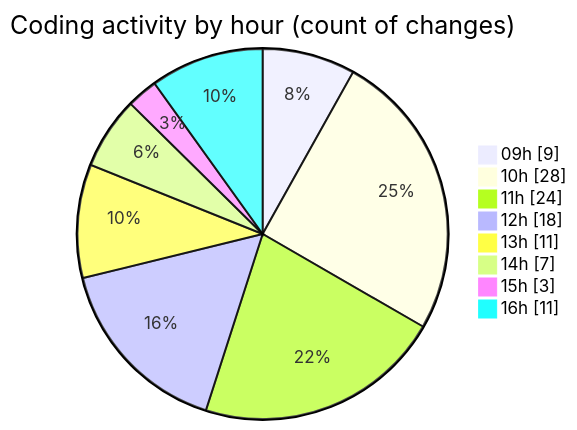
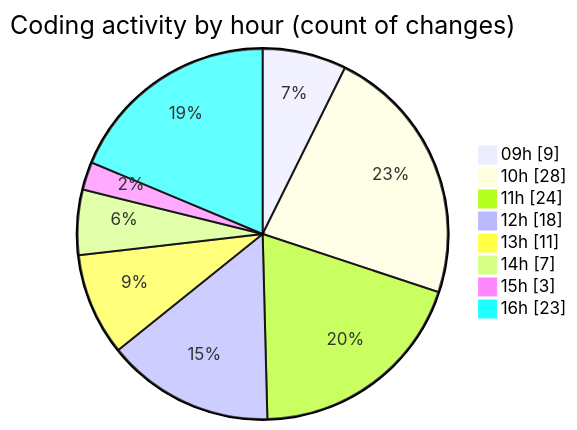
Before and after one commit to momahboobian/code-tracking: the second of 2 diagrams in 2025-09-18/cda/README.md, drawn with Mermaid. The commit also changed other lines of this file and 1 other file, not shown here.

````diff
--- a/2025-09-18/cda/README.md
+++ b/2025-09-18/cda/README.md
@@ -36,12 +37,12 @@
 ```mermaid
 pie showData
 title Coding activity by hour (count of changes)
 "09h" : 9
 "10h" : 28
 "11h" : 24
 "12h" : 18
 "13h" : 11
 "14h" : 7
 "15h" : 3
-"16h" : 11
+"16h" : 23
 ```
````
